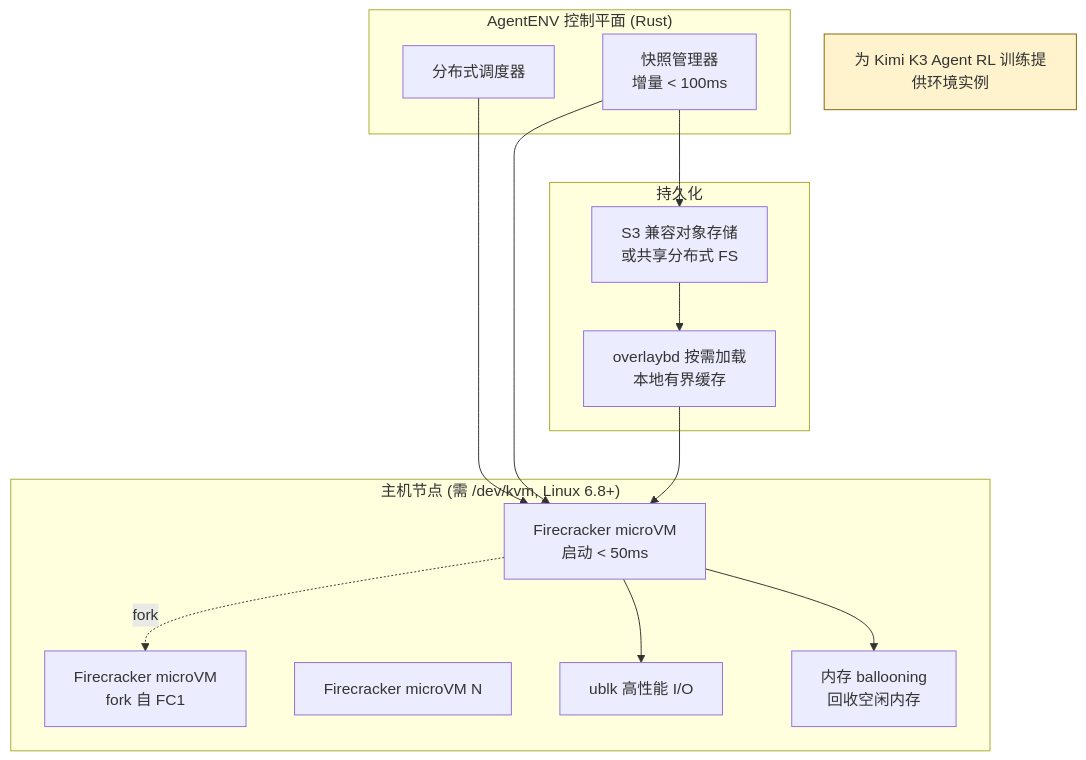
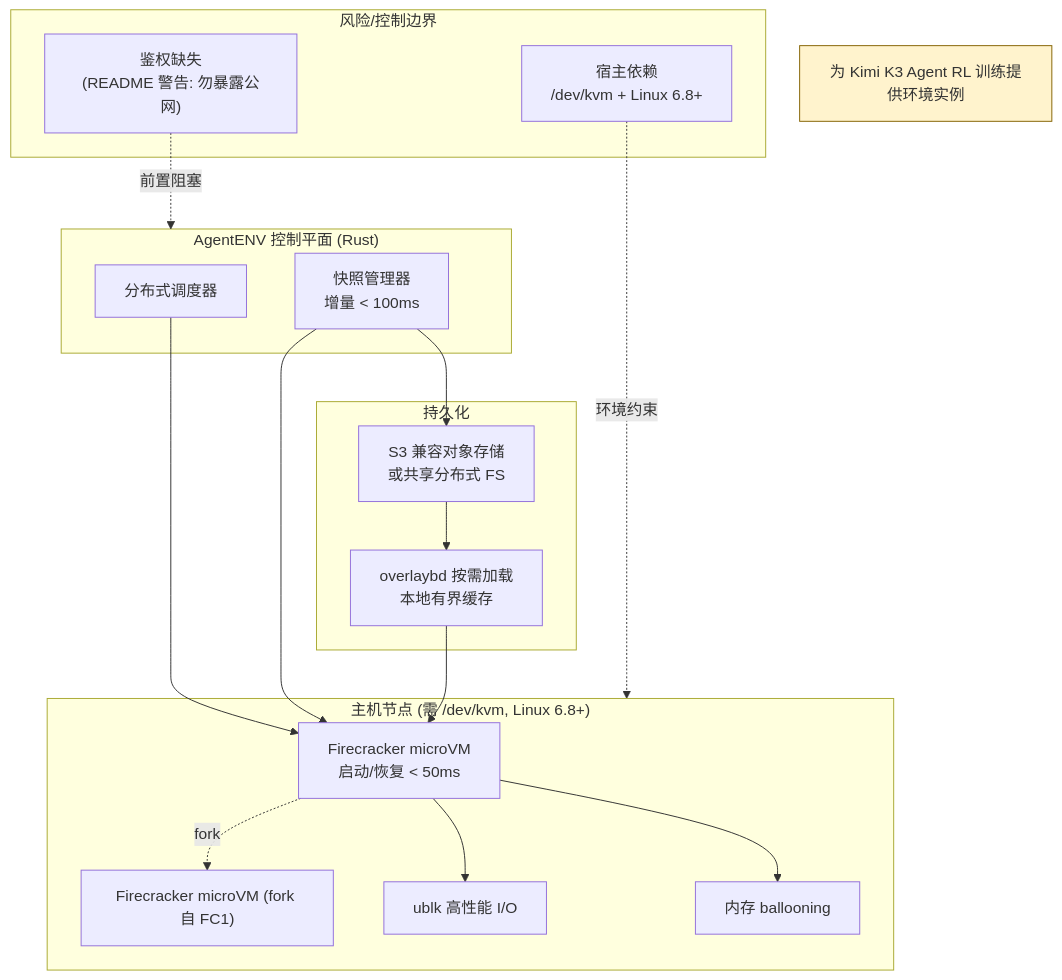
One commit to aiutil/github-researcher changed the diagram in projects/agentenv.md. Above: the diagram before and after it, drawn with Mermaid. The commit also changed other lines of this file and 939 other files, not shown here.

Commit message:
feat: add architect briefs and Mermaid project maps

````diff
--- a/projects/agentenv.md
+++ b/projects/agentenv.md
@@ -43,28 +56,33 @@
 ```mermaid
 flowchart TB
     subgraph CTRL["AgentENV 控制平面 (Rust)"]
         SCHED["分布式调度器"]
         SNAP["快照管理器<br/>增量 < 100ms"]
     end
     subgraph HOST["主机节点 (需 /dev/kvm, Linux 6.8+)"]
-        FC1["Firecracker microVM<br/>启动 < 50ms"]
-        FC2["Firecracker microVM<br/>fork 自 FC1"]
-        FCN["Firecracker microVM N"]
-        FC1 -.->|"fork"| FC2
+        FC1["Firecracker microVM<br/>启动/恢复 < 50ms"]
+        FC2["Firecracker microVM (fork 自 FC1)"]
         UBLK["ublk 高性能 I/O"]
-        BAL["内存 ballooning<br/>回收空闲内存"]
+        BAL["内存 ballooning"]
     end
     subgraph STORE["持久化"]
         S3["S3 兼容对象存储<br/>或共享分布式 FS"]
         OBD["overlaybd 按需加载<br/>本地有界缓存"]
     end
+    subgraph RISK["风险/控制边界"]
+        AUTH["鉴权缺失<br/>(README 警告: 勿暴露公网)"]
+        HOSTDEP["宿主依赖<br/>/dev/kvm + Linux 6.8+"]
+    end
     SCHED --> FC1
+    FC1 -.->|"fork"| FC2
     SNAP --> FC1
     SNAP --> S3
+    S3 --> OBD
+    OBD --> FC1
     FC1 --> UBLK
     FC1 --> BAL
-    S3 --> OBD
-    OBD --> FC1
+    AUTH -.->|"前置阻塞"| CTRL
+    HOSTDEP -.->|"环境约束"| HOST
     NOTE["为 Kimi K3 Agent RL 训练提供环境实例"]:::note
     classDef note fill:#fff3cd,stroke:#856404
 ```
````
